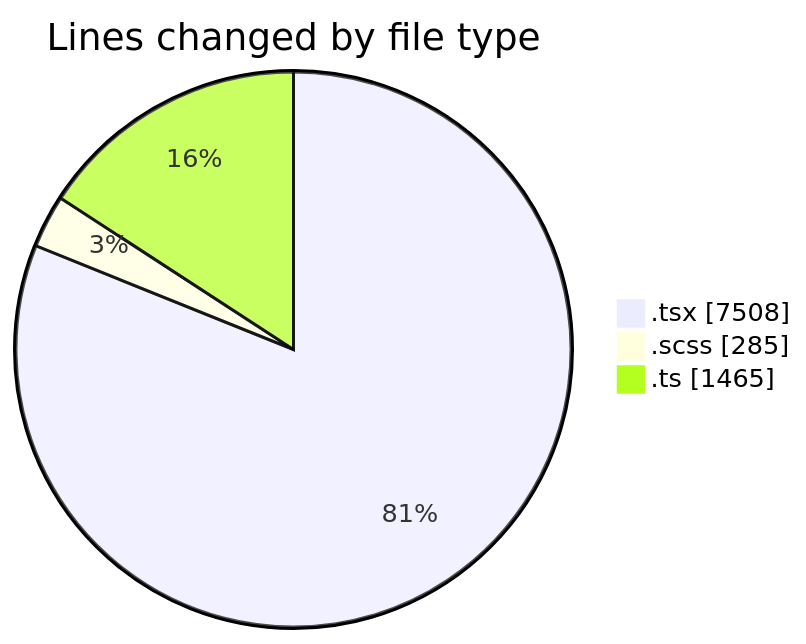
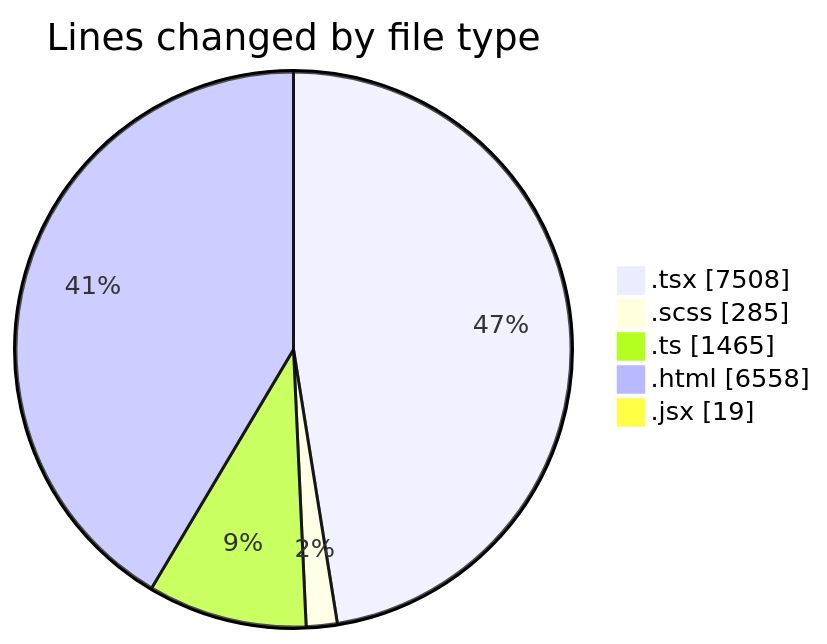
Before and after one commit to momahboobian/code-tracking: the first of 2 diagrams in 2026-02-25/cda/README.md, drawn with Mermaid. The commit also changed other lines of this file and 1 other file, not shown here.

````diff
--- a/2026-02-25/cda/README.md
+++ b/2026-02-25/cda/README.md
@@ -26,7 +28,9 @@
 ```mermaid
 pie showData
 title Lines changed by file type
 ".tsx" : 7508
 ".scss" : 285
 ".ts" : 1465
+".html" : 6558
+".jsx" : 19
 ```
````
